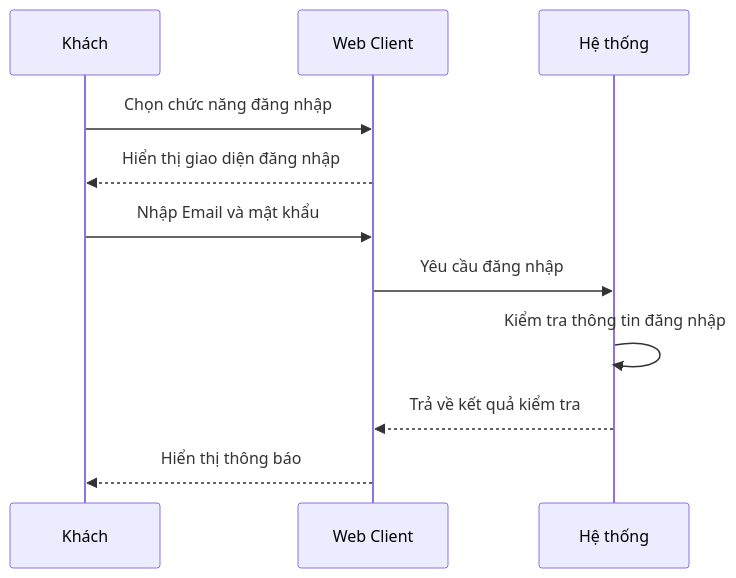
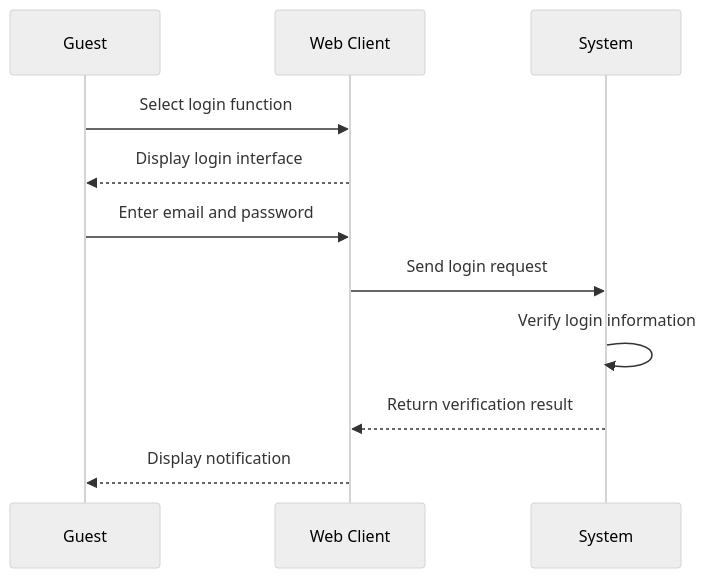
The diagram in 5. Software E/Tài liệu.md (DoanNgocCuong/home), drawn with Mermaid before and after one commit.

Commit message:
vault backup: 2024-11-06 22:03:18

````diff
--- a/5. Software E/Tài liệu.md
+++ b/5. Software E/Tài liệu.md
@@ -91,15 +91,17 @@
 ```mermaid
+%%{init: {'theme': 'neutral', 'themeVariables': { 'primaryColor': '#F0F0F0', 'primaryTextColor': '#000000', 'lineColor': '#000000', 'actorBorderColor': '#333333', 'actorTextColor': '#000000' }}}%%
 sequenceDiagram
-    participant Guest as Khách
+    participant Guest as Guest
     participant WebClient as Web Client
-    participant System as Hệ thống
+    participant System as System
 
-    Guest ->> WebClient: Chọn chức năng đăng nhập
-    WebClient -->> Guest: Hiển thị giao diện đăng nhập
-    Guest ->> WebClient: Nhập Email và mật khẩu
-    WebClient ->> System: Yêu cầu đăng nhập
-    System ->> System: Kiểm tra thông tin đăng nhập
-    System -->> WebClient: Trả về kết quả kiểm tra
-    WebClient -->> Guest: Hiển thị thông báo
+    Guest ->> WebClient: Select login function
+    WebClient -->> Guest: Display login interface
+    Guest ->> WebClient: Enter email and password
+    WebClient ->> System: Send login request
+    System ->> System: Verify login information
+    System -->> WebClient: Return verification result
+    WebClient -->> Guest: Display notification
+
 
 ```
````
